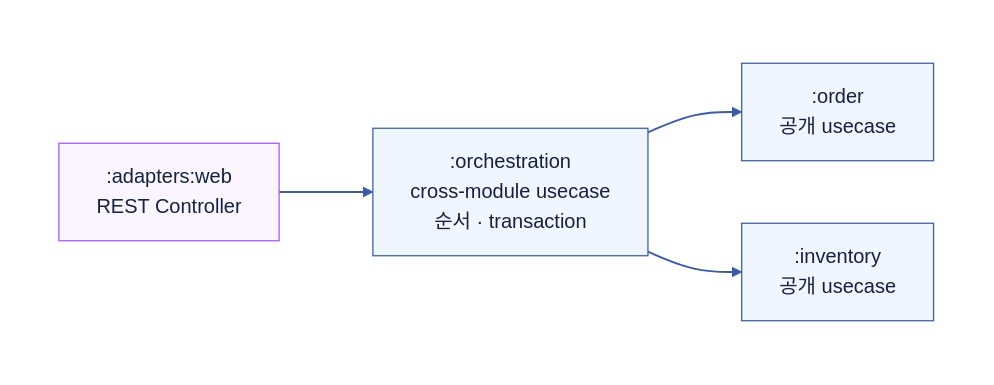
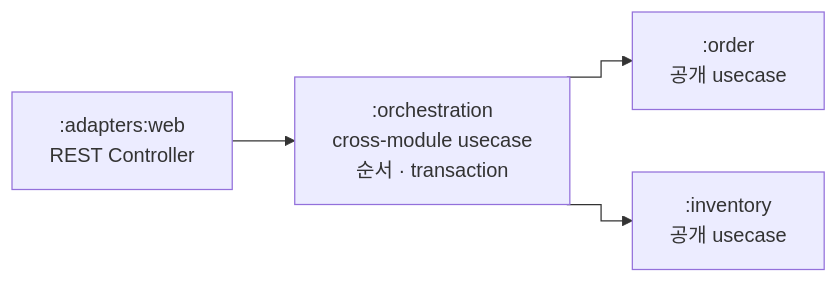
One commit to Hyune-s-lab/my-ai-study changed the diagram in system-design/2607-spring-멀티모듈-헥사고날-패키징.md. Above: the diagram before and after it, drawn with Mermaid. The commit also changed other lines of this file and 49 other files, not shown here.

Commit message:
docs: 단순 다이어그램은 Mermaid로, 복잡한 배치는 SVG로 정리

````diff
--- a/system-design/2607-spring-멀티모듈-헥사고날-패키징.md
+++ b/system-design/2607-spring-멀티모듈-헥사고날-패키징.md
@@ -576,18 +527,11 @@
 ```mermaid
 flowchart LR
-%%{init: {"theme": "base", "darkMode": false, "themeVariables": {"background": "#ffffff", "primaryColor": "#EFF6FF", "primaryTextColor": "#16213E", "primaryBorderColor": "#3B5BA5", "secondaryColor": "#F0FDF4", "tertiaryColor": "#FAF5FF", "lineColor": "#3B5BA5", "textColor": "#16213E", "edgeLabelBackground": "#ffffff", "clusterBkg": "#F8FAFC", "clusterBorder": "#CBD5E1"}}}%%
-  subgraph canvas[" "]
-    direction LR
-    WEB[":adapters:web<br/>REST Controller"] --> ORCH[":orchestration<br/>cross-module usecase<br/>순서 · transaction"]
-    ORCH --> ORDER[":order<br/>공개 usecase"]
-    ORCH --> INV[":inventory<br/>공개 usecase"]
-  end
-  style canvas fill:#ffffff,stroke:#ffffff,color:#111827
-  linkStyle default stroke:#3B5BA5,stroke-width:1.5px
-  classDef app fill:#EFF6FF,stroke:#3B5BA5,stroke-width:1px,color:#16213E
-  class ORCH,ORDER,INV app
-  classDef db fill:#F0FDF4,stroke:#3F8E55,stroke-width:1px,color:#16213E
-  classDef policy fill:#FAF5FF,stroke:#A855F7,stroke-width:1px,color:#16213E
-  class WEB policy
-  classDef worker fill:#FFF7ED,stroke:#C98A2B,stroke-width:1px,color:#16213E
+%%{init: {"flowchart": {"curve": "stepAfter", "wrappingWidth": 400}}}%%
+  n_WEB[":adapters:web<br/>REST Controller"]
+  n_ORCH[":orchestration<br/>cross-module usecase<br/>순서 · transaction"]
+  n_ORDER[":order<br/>공개 usecase"]
+  n_INV[":inventory<br/>공개 usecase"]
+  n_WEB --> n_ORCH
+  n_ORCH --> n_ORDER
+  n_ORCH --> n_INV
 ```
````
